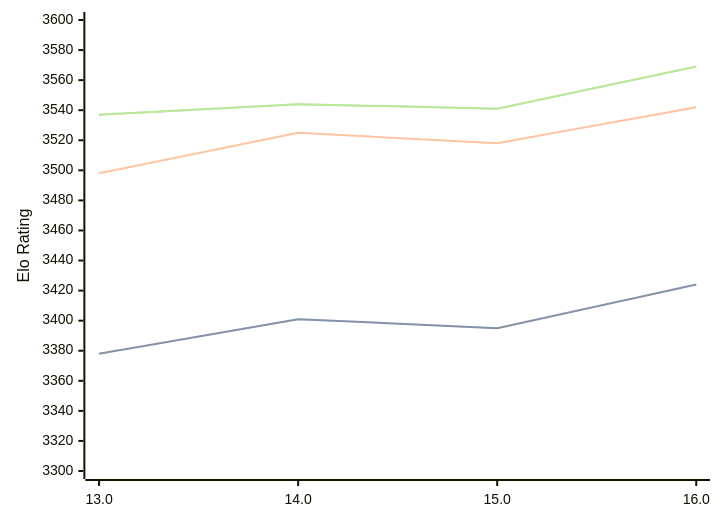
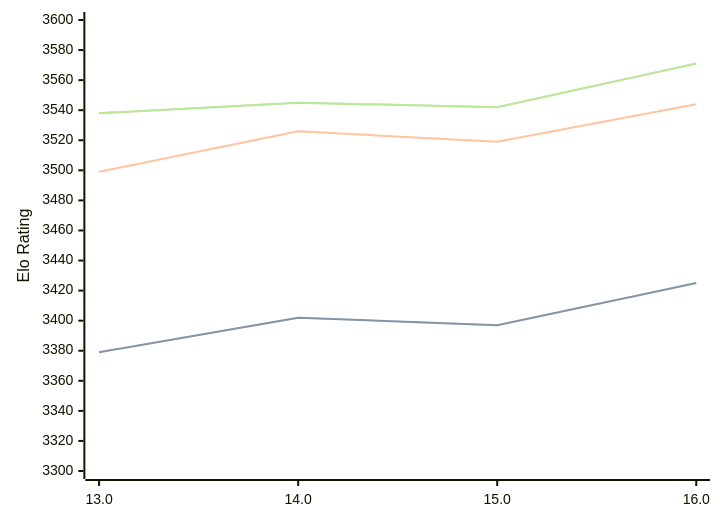
One commit to computer-chess-index/cci changed the third of 3 diagrams in engines/Obsidian.md. Above: the diagram before and after it, drawn with Mermaid. The commit also changed other lines of this file, not shown here.

Commit message:
Update CCI Ratings (ELO VLTC) - 2026-06-30

````diff
--- a/engines/Obsidian.md
+++ b/engines/Obsidian.md
@@ -76,11 +76,11 @@
 ```mermaid
 %%{init: {"theme":"base","themeVariables":{"seriesColors:['#a3a3a3','#222221','#faa371']}}}%%
 xychart-beta
   x-axis ["13.0", "14.0", "15.0", "16.0"]
   y-axis "Elo Rating" 3300 --> 3600
-  line "STC (8.0+0.08s)" [3378, 3401, 3395, 3424]
-  line "STC (8.0+0.08s)" [3378, 3401, 3395, 3424]
-  line "LTC (60.0+0.60s)" [3498, 3525, 3518, 3542]
-  line "VLTC (2m24s+1.12s)" [3537, 3544, 3541, 3569]
-  line "VLTC (2m24s+1.12s)" [3537, 3544, 3541, 3569]
+  line "STC (8.0+0.08s)" [3379, 3402, 3397, 3425]
+  line "STC (8.0+0.08s)" [3379, 3402, 3397, 3425]
+  line "LTC (60.0+0.60s)" [3499, 3526, 3519, 3544]
+  line "VLTC (2m24s+1.12s)" [3538, 3545, 3542, 3571]
+  line "VLTC (2m24s+1.12s)" [3538, 3545, 3542, 3571]
 ```
````
